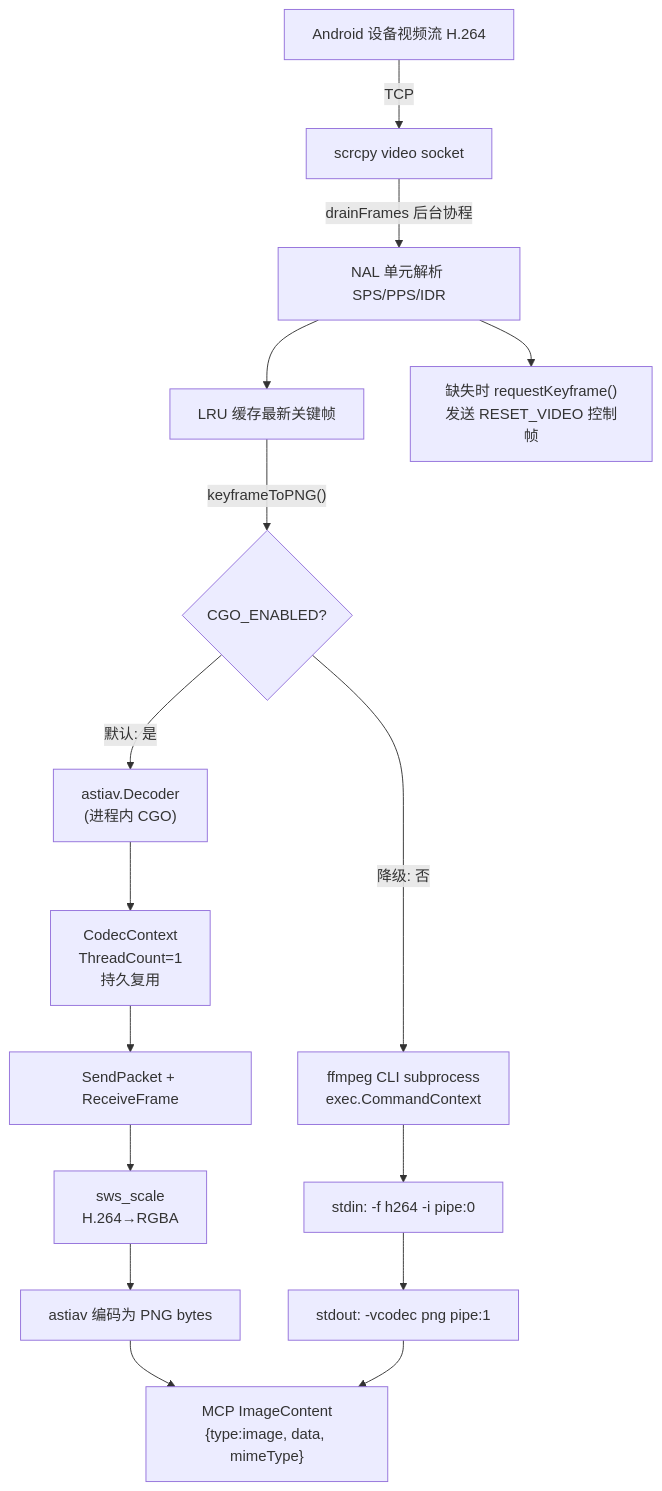
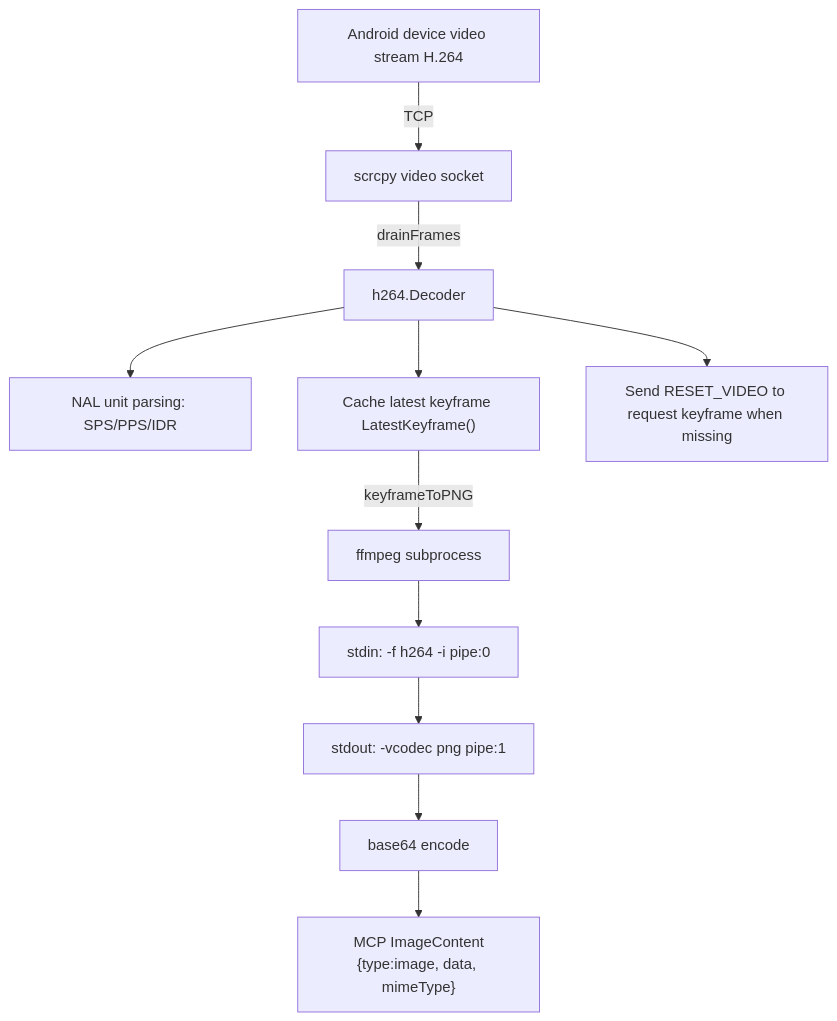
One commit to gezihua123/phonefast changed the seventh of 10 diagrams in docs/phonefast.md. Above: the diagram before and after it, drawn with Mermaid. The commit also changed other lines of this file and 11 other files, not shown here.

````diff
--- a/docs/phonefast.md
+++ b/docs/phonefast.md
@@ -232,21 +259,15 @@
 ```mermaid
 flowchart TD
-    DEVICE["Android 设备视频流 H.264"] -->|TCP| SOCKET["scrcpy video socket"]
-    SOCKET -->|drainFrames 后台协程| NAL["NAL 单元解析 SPS/PPS/IDR"]
-    NAL --> CACHE["LRU 缓存最新关键帧"]
-    NAL --> REQ["缺失时 requestKeyframe()\n发送 RESET_VIDEO 控制帧"]
+    DEVICE["Android device video stream H.264"] -->|TCP| SOCKET["scrcpy video socket"]
+    SOCKET -->|drainFrames| DECODER["h264.Decoder"]
 
-    CACHE -->|"keyframeToPNG()"| CHOICE{"CGO_ENABLED?"}
+    DECODER --> NAL["NAL unit parsing: SPS/PPS/IDR"]
+    DECODER --> CACHE["Cache latest keyframe LatestKeyframe()"]
+    DECODER --> REQ["Send RESET_VIDEO to request keyframe when missing"]
 
-    CHOICE -->|"默认: 是"| ASTIAV["astiav.Decoder\n(进程内 CGO)"]
-    ASTIAV --> CTX["CodecContext\nThreadCount=1\n持久复用"]
-    CTX --> DEC["SendPacket + ReceiveFrame"]
-    DEC --> SWSCALE["sws_scale\nH.264→RGBA"]
-    SWSCALE --> ENC["astiav 编码为 PNG bytes"]
-    ENC --> MC["MCP ImageContent\n{type:image, data, mimeType}"]
-
-    CHOICE -->|"降级: 否"| FFMPEG_CLI["ffmpeg CLI subprocess\nexec.CommandContext"]
-    FFMPEG_CLI --> STDIN["stdin: -f h264 -i pipe:0"]
-    STDIN --> STDOUT["stdout: -vcodec png pipe:1"]
-    STDOUT --> MC
+    CACHE -->|keyframeToPNG| FFMPEG["ffmpeg subprocess"]
+    FFMPEG --> FF_IN["stdin: -f h264 -i pipe:0"]
+    FF_IN --> FF_OUT["stdout: -vcodec png pipe:1"]
+    FF_OUT --> B64["base64 encode"]
+    B64 --> MC["MCP ImageContent<br/>{type:image, data, mimeType}"]
 ```
````
